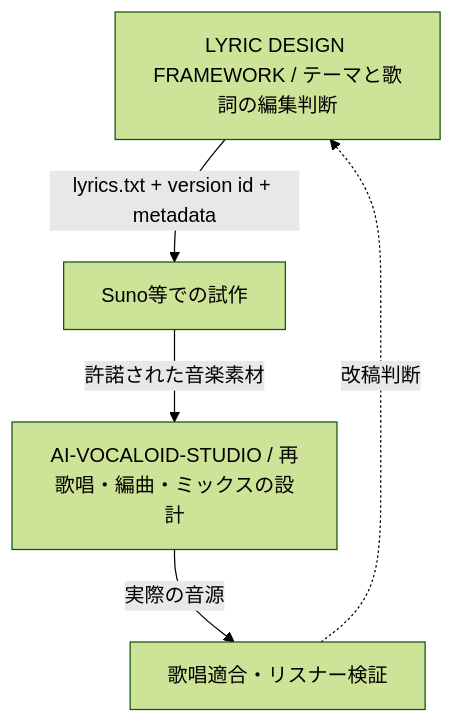
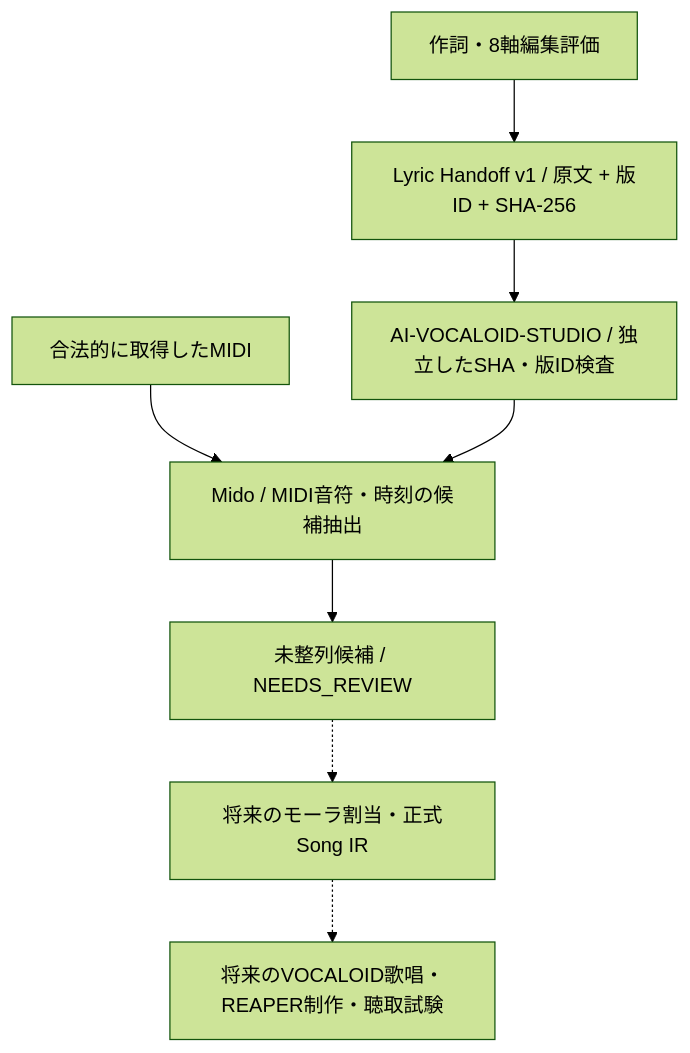
One commit to Gacky-Lab/LYRIC-DESIGN-FRAMEWORK changed the diagram in docs/integration.md. Above: the diagram before and after it, drawn with Mermaid (forest theme). The commit also changed other lines of this file, not shown here.

Commit message:
Update integration status to tested cross-repository handoff contract

````diff
--- a/docs/integration.md
+++ b/docs/integration.md
@@ -5,7 +7,10 @@
 ```mermaid
 flowchart TD
-  A[LYRIC DESIGN FRAMEWORK / テーマと歌詞の編集判断] -->|lyrics.txt + version id + metadata| B[Suno等での試作]
-  B -->|許諾された音楽素材| C[AI-VOCALOID-STUDIO / 再歌唱・編曲・ミックスの設計]
-  C -->|実際の音源| D[歌唱適合・リスナー検証]
-  D -.->|改稿判断| A
+  A[作詞・8軸編集評価] --> B[Lyric Handoff v1 / 原文 + 版ID + SHA-256]
+  B --> C[AI-VOCALOID-STUDIO / 独立したSHA・版ID検査]
+  D[合法的に取得したMIDI] --> E[Mido / MIDI音符・時刻の候補抽出]
+  C --> E
+  E --> F[未整列候補 / NEEDS_REVIEW]
+  F -.-> G[将来のモーラ割当・正式Song IR]
+  G -.-> H[将来のVOCALOID歌唱・REAPER制作・聴取試験]
 ```
````
